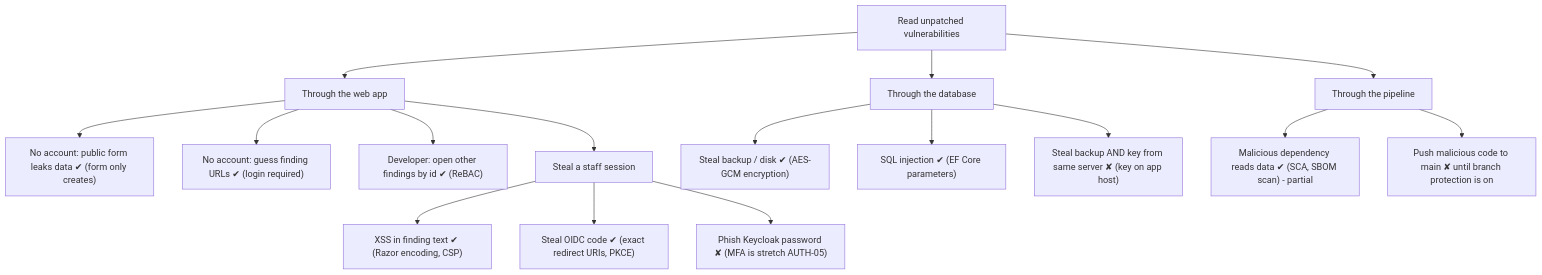
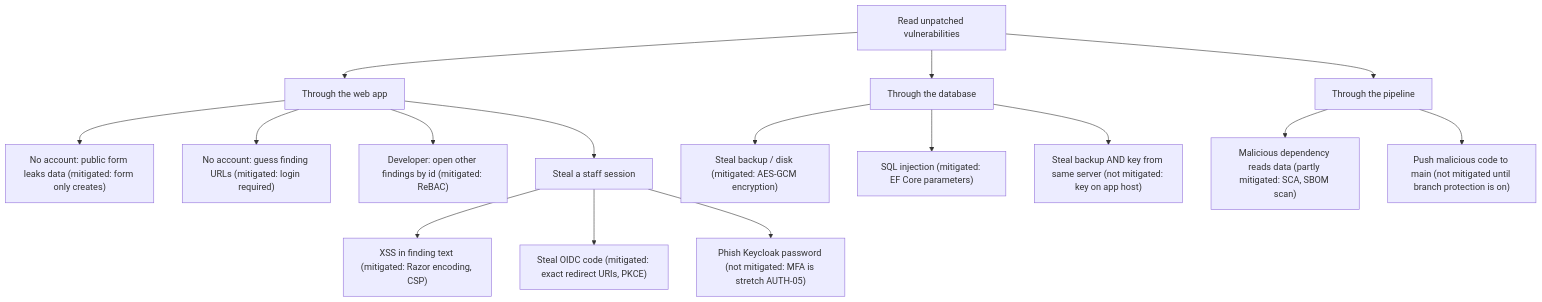
The second of 2 diagrams in docs/threat-model.md (thomasbrowne0/SSD-class), drawn with Mermaid before and after one commit. The commit also changed other lines of this file and 4 other files, not shown here.

````diff
--- a/docs/threat-model.md
+++ b/docs/threat-model.md
@@ -85,22 +85,22 @@
 ```mermaid
 flowchart TD
     goal["Read unpatched vulnerabilities"]
     goal --> a["Through the web app"]
     goal --> b["Through the database"]
     goal --> c["Through the pipeline"]
 
-    a --> a1["No account: public form leaks data ✔ (form only creates)"]
-    a --> a2["No account: guess finding URLs ✔ (login required)"]
-    a --> a3["Developer: open other findings by id ✔ (ReBAC)"]
+    a --> a1["No account: public form leaks data (mitigated: form only creates)"]
+    a --> a2["No account: guess finding URLs (mitigated: login required)"]
+    a --> a3["Developer: open other findings by id (mitigated: ReBAC)"]
     a --> a4["Steal a staff session"]
-    a4 --> a41["XSS in finding text ✔ (Razor encoding, CSP)"]
-    a4 --> a42["Steal OIDC code ✔ (exact redirect URIs, PKCE)"]
-    a4 --> a43["Phish Keycloak password ✘ (MFA is stretch AUTH-05)"]
+    a4 --> a41["XSS in finding text (mitigated: Razor encoding, CSP)"]
+    a4 --> a42["Steal OIDC code (mitigated: exact redirect URIs, PKCE)"]
+    a4 --> a43["Phish Keycloak password (not mitigated: MFA is stretch AUTH-05)"]
 
-    b --> b1["Steal backup / disk ✔ (AES-GCM encryption)"]
-    b --> b2["SQL injection ✔ (EF Core parameters)"]
-    b --> b3["Steal backup AND key from same server ✘ (key on app host)"]
+    b --> b1["Steal backup / disk (mitigated: AES-GCM encryption)"]
+    b --> b2["SQL injection (mitigated: EF Core parameters)"]
+    b --> b3["Steal backup AND key from same server (not mitigated: key on app host)"]
 
-    c --> c1["Malicious dependency reads data ✔ (SCA, SBOM scan) - partial"]
-    c --> c2["Push malicious code to main ✘ until branch protection is on"]
+    c --> c1["Malicious dependency reads data (partly mitigated: SCA, SBOM scan)"]
+    c --> c2["Push malicious code to main (not mitigated until branch protection is on)"]
 ```
````
